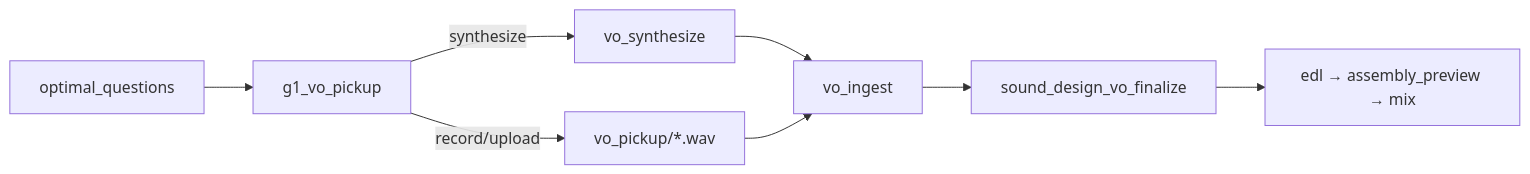
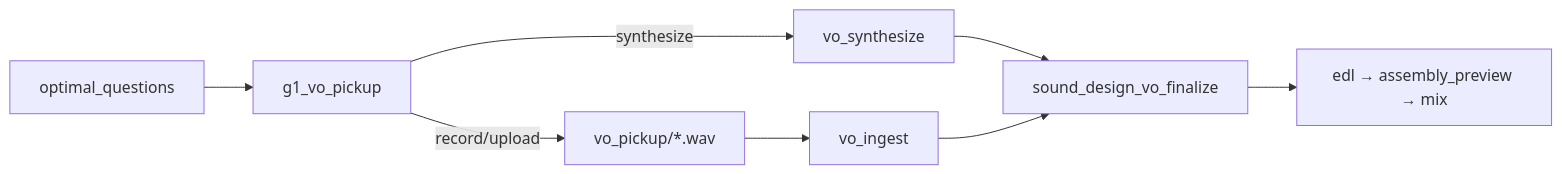
The first of 2 diagrams in docs/cross-cutting/speech-to-speech-vo.md (NicketUttarwar/interview_helper_mux), drawn with Mermaid before and after one commit. The commit also changed other lines of this file and 236 other files, not shown here.

````diff
--- a/docs/cross-cutting/speech-to-speech-vo.md
+++ b/docs/cross-cutting/speech-to-speech-vo.md
@@ -145,10 +145,10 @@
 ```mermaid
 flowchart LR
     OQ[optimal_questions] --> G1[g1_vo_pickup]
     G1 -->|synthesize| S2S[vo_synthesize]
     G1 -->|record/upload| VP[vo_pickup/*.wav]
-    S2S --> VI[vo_ingest]
-    VP --> VI
-    VI --> VF[sound_design_vo_finalize]
+    S2S --> VF[sound_design_vo_finalize]
+    VP --> VI[vo_ingest]
+    VI --> VF
     VF --> EDL[edl → assembly_preview → mix]
 ```
````
